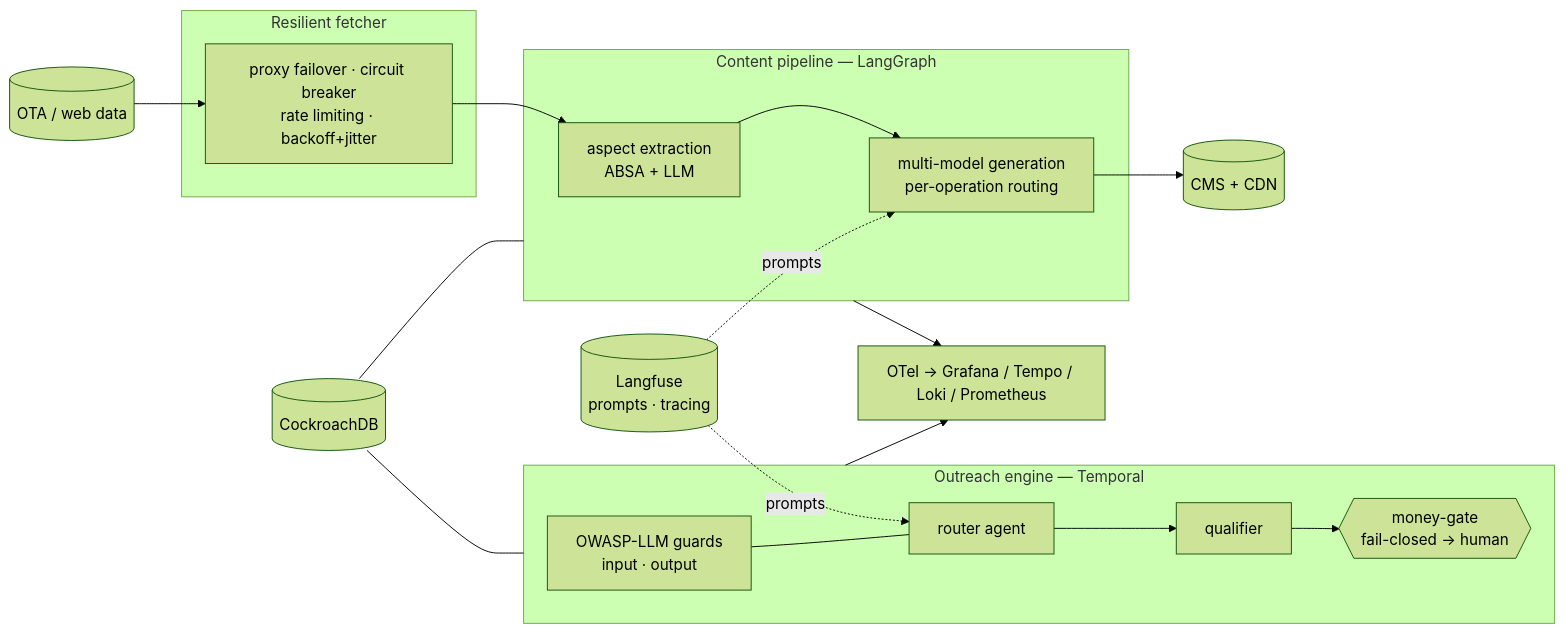
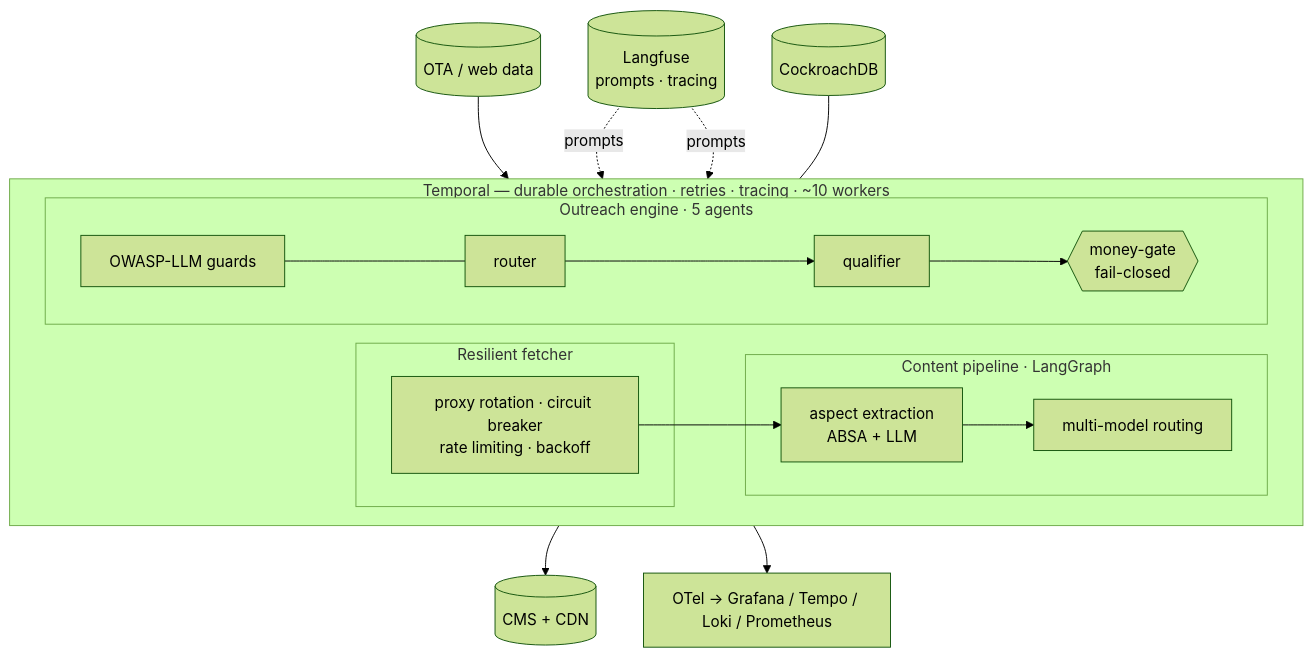
Before and after one commit to baranlanka/et-hotel-ai-showcase: the diagram in README.md, drawn with Mermaid (forest theme). The commit also changed other lines of this file and 4 other files, not shown here.

````diff
--- a/README.md
+++ b/README.md
@@ -70,22 +72,23 @@
 ```mermaid
-flowchart LR
+flowchart TB
     OTA[(OTA / web data)] --> F
-    subgraph fetch[Resilient fetcher]
-      F[proxy failover · circuit breaker<br/>rate limiting · backoff+jitter]
+    subgraph temporal[Temporal — durable orchestration · retries · tracing · ~10 workers]
+      direction LR
+      subgraph fetch[Resilient fetcher]
+        F[proxy rotation · circuit breaker<br/>rate limiting · backoff]
+      end
+      subgraph pipeline[Content pipeline · LangGraph]
+        A[aspect extraction<br/>ABSA + LLM] --> G[multi-model routing]
+      end
+      subgraph agents[Outreach engine · 5 agents]
+        GU[OWASP-LLM guards] --- R[router]
+        R --> Q[qualifier] --> MG{{money-gate<br/>fail-closed}}
+      end
+      F --> A
     end
-    subgraph pipeline[Content pipeline — LangGraph]
-      A[aspect extraction<br/>ABSA + LLM] --> G[multi-model generation<br/>per-operation routing]
-    end
-    subgraph agents[Outreach engine — Temporal]
-      GU[OWASP-LLM guards<br/>input · output] --- R[router agent]
-      R --> Q[qualifier] --> MG{{money-gate<br/>fail-closed → human}}
-    end
-    F --> A
     G --> CMS[(CMS + CDN)]
     LF[(Langfuse<br/>prompts · tracing)] -. prompts .-> G
     LF -. prompts .-> R
-    DB[(CockroachDB)] --- pipeline
-    DB --- agents
-    pipeline --> OBS[OTel → Grafana / Tempo / Loki / Prometheus]
-    agents --> OBS
+    DB[(CockroachDB)] --- temporal
+    temporal --> OBS[OTel → Grafana / Tempo / Loki / Prometheus]
 ```
````
